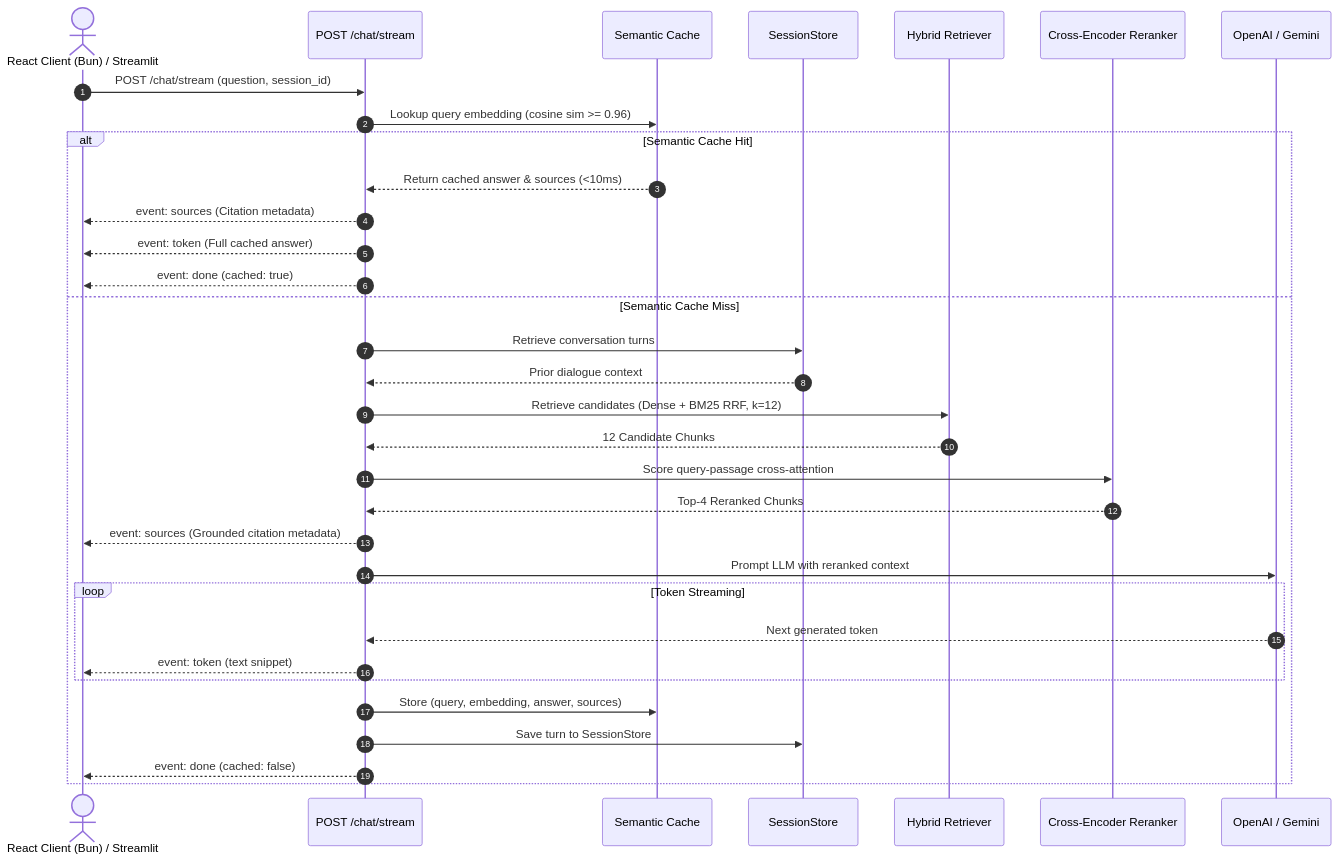
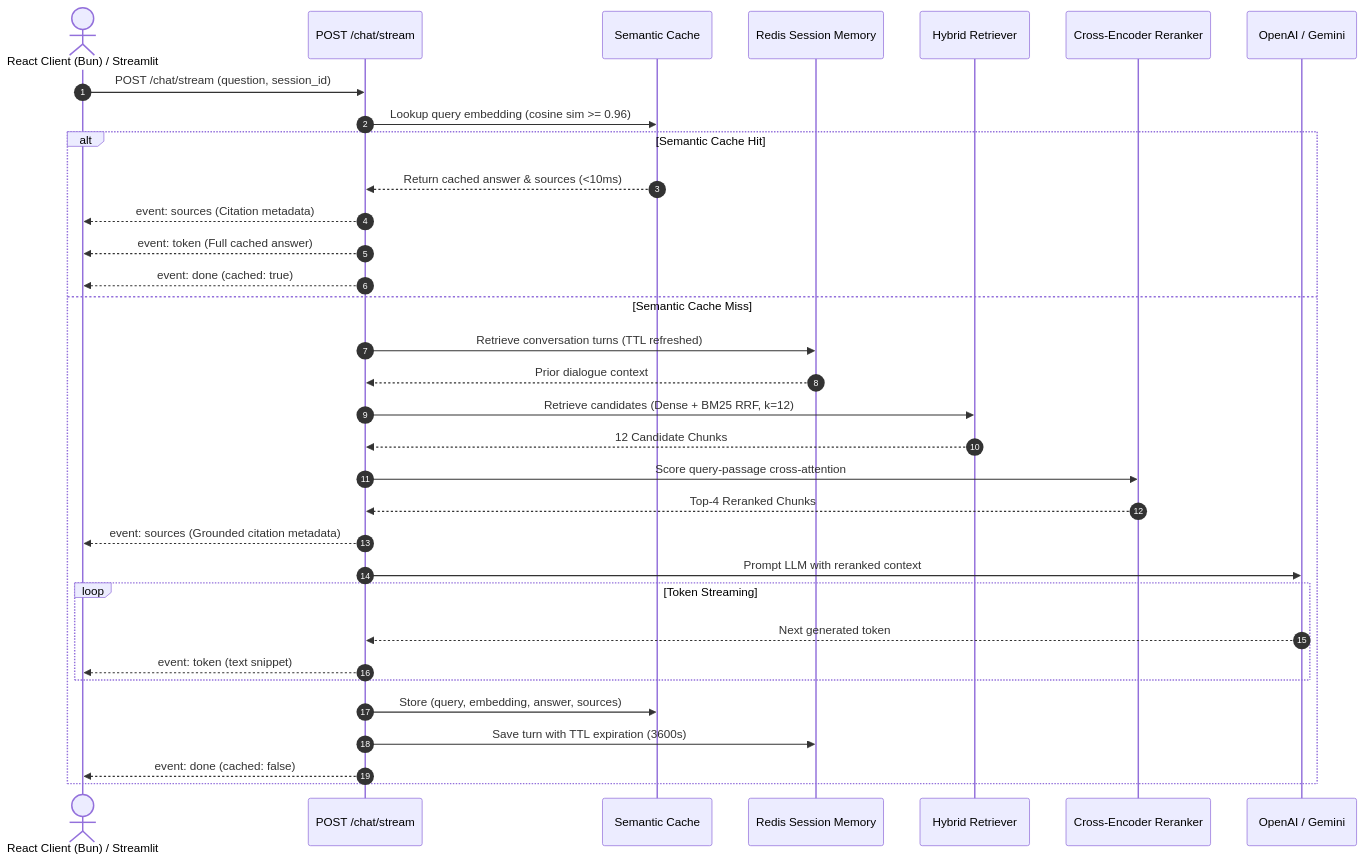
The third of 3 diagrams in ARCHITECTURE.md (faizan-7890/SecureRAG), drawn with Mermaid before and after one commit. The commit also changed other lines of this file and 1 other file, not shown here.

Commit message:
docs: update architecture specification v3 and project feature inventory

````diff
--- a/ARCHITECTURE.md
+++ b/ARCHITECTURE.md
@@ -201,36 +223,36 @@
 ```mermaid
 sequenceDiagram
     autonumber
     actor Client as React Client (Bun) / Streamlit
     participant ChatAPI as POST /chat/stream
     participant Cache as Semantic Cache
-    participant Memory as SessionStore
+    participant Redis as Redis Session Memory
     participant Retriever as Hybrid Retriever
     participant Reranker as Cross-Encoder Reranker
     participant LLM as OpenAI / Gemini
 
     Client->>ChatAPI: POST /chat/stream (question, session_id)
     ChatAPI->>Cache: Lookup query embedding (cosine sim >= 0.96)
     alt Semantic Cache Hit
         Cache-->>ChatAPI: Return cached answer & sources (<10ms)
         ChatAPI-->>Client: event: sources (Citation metadata)
         ChatAPI-->>Client: event: token (Full cached answer)
         ChatAPI-->>Client: event: done (cached: true)
     else Semantic Cache Miss
-        ChatAPI->>Memory: Retrieve conversation turns
-        Memory-->>ChatAPI: Prior dialogue context
+        ChatAPI->>Redis: Retrieve conversation turns (TTL refreshed)
+        Redis-->>ChatAPI: Prior dialogue context
         ChatAPI->>Retriever: Retrieve candidates (Dense + BM25 RRF, k=12)
         Retriever-->>ChatAPI: 12 Candidate Chunks
         ChatAPI->>Reranker: Score query-passage cross-attention
         Reranker-->>ChatAPI: Top-4 Reranked Chunks
         ChatAPI-->>Client: event: sources (Grounded citation metadata)
         ChatAPI->>LLM: Prompt LLM with reranked context
         loop Token Streaming
             LLM-->>ChatAPI: Next generated token
             ChatAPI-->>Client: event: token (text snippet)
         end
         ChatAPI->>Cache: Store (query, embedding, answer, sources)
-        ChatAPI->>Memory: Save turn to SessionStore
+        ChatAPI->>Redis: Save turn with TTL expiration (3600s)
         ChatAPI-->>Client: event: done (cached: false)
     end
 ```
````
